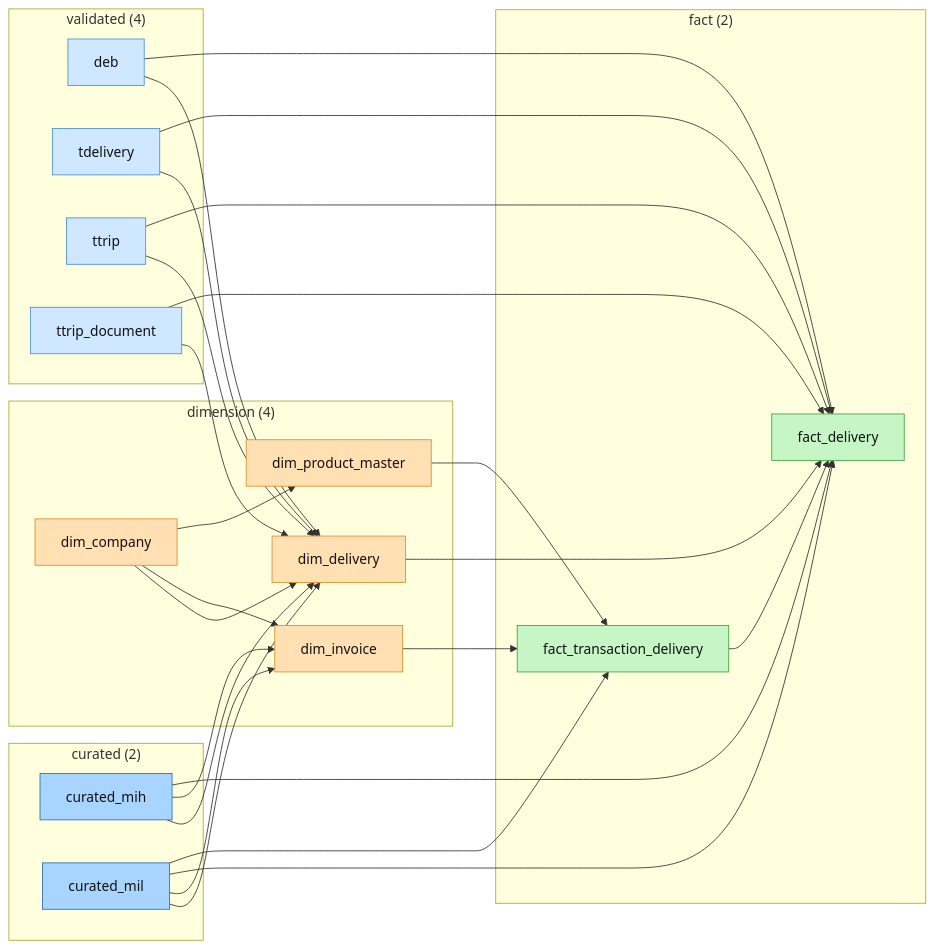
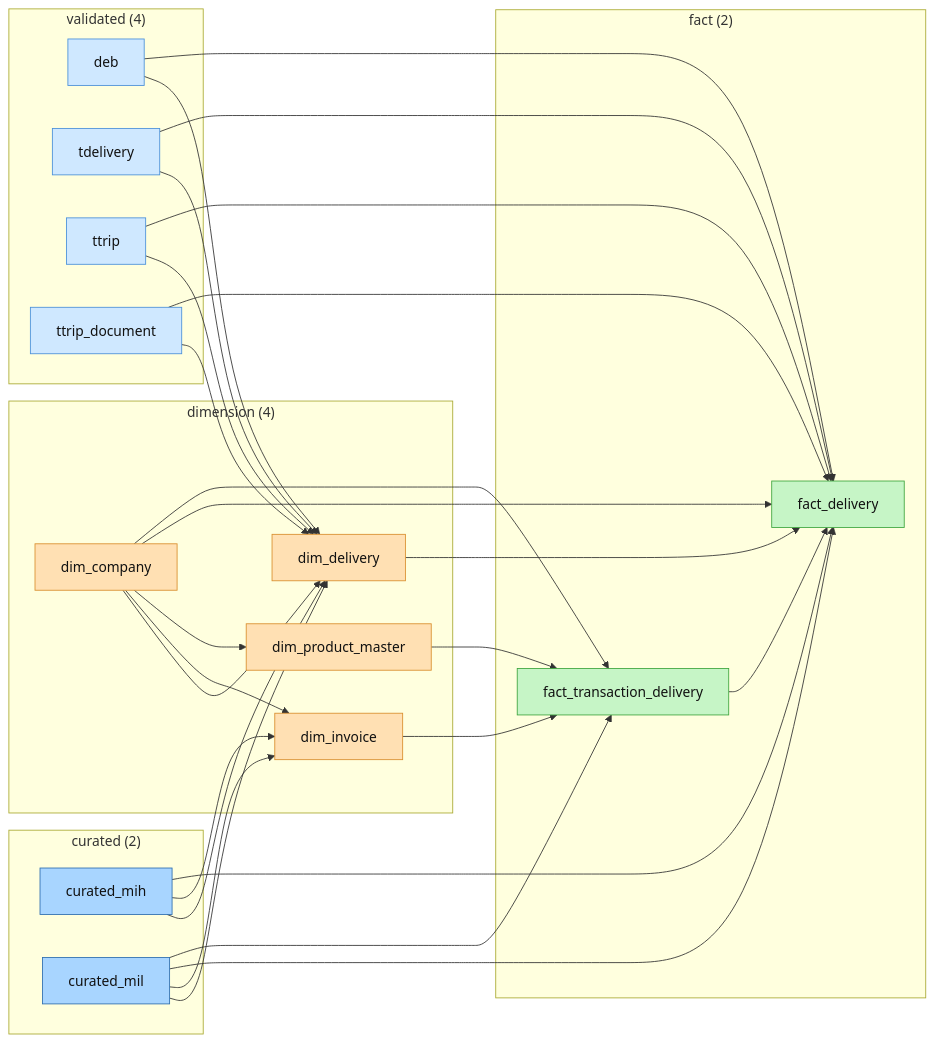
The seventh of 12 diagrams in document/diagrams/topic_flows.md (warayut-ALL-IN-AI/data-buffet), drawn with Mermaid before and after one commit. The commit also changed other lines of this file and 2 other files, not shown here.

First line of the commit message:
view_dim_aging_history: derive AgingSK/BillingSK instead of trusting the snapshot

````diff
--- a/document/diagrams/topic_flows.md
+++ b/document/diagrams/topic_flows.md
@@ -649,54 +761,56 @@
 ```mermaid
 flowchart LR
   subgraph validated["validated (4)"]
     deb["deb"]
     tdelivery["tdelivery"]
     ttrip["ttrip"]
     ttrip_document["ttrip_document"]
   end
   subgraph curated["curated (2)"]
     curated_mih["curated_mih"]
     curated_mil["curated_mil"]
   end
   subgraph dimension["dimension (4)"]
     dim_company["dim_company"]
     dim_delivery["dim_delivery"]
     dim_invoice["dim_invoice"]
     dim_product_master["dim_product_master"]
   end
   subgraph fact["fact (2)"]
     fact_delivery["fact_delivery"]
     fact_transaction_delivery["fact_transaction_delivery"]
   end
   curated_mih --> dim_delivery
   curated_mih --> dim_invoice
   curated_mih --> fact_delivery
   curated_mil --> dim_delivery
   curated_mil --> dim_invoice
   curated_mil --> fact_delivery
   curated_mil --> fact_transaction_delivery
   deb --> dim_delivery
   deb --> fact_delivery
   dim_company --> dim_delivery
   dim_company --> dim_invoice
   dim_company --> dim_product_master
+  dim_company --> fact_delivery
+  dim_company --> fact_transaction_delivery
   dim_delivery --> fact_delivery
   dim_invoice --> fact_transaction_delivery
   dim_product_master --> fact_transaction_delivery
   fact_transaction_delivery --> fact_delivery
   tdelivery --> dim_delivery
   tdelivery --> fact_delivery
   ttrip --> dim_delivery
   ttrip --> fact_delivery
   ttrip_document --> dim_delivery
   ttrip_document --> fact_delivery
   classDef validated fill:#cfe8ff,stroke:#4a90d9,color:#111;
   classDef curated fill:#a8d5ff,stroke:#2f6fb0,color:#111;
   classDef dimension fill:#ffe0b3,stroke:#d98f2f,color:#111;
   classDef fact fill:#c6f5c6,stroke:#3fa63f,color:#111;
   classDef paused fill:#f5f5f5,stroke:#bbb,color:#999,stroke-dasharray:4 3;
   class deb,tdelivery,ttrip,ttrip_document validated;
   class curated_mih,curated_mil curated;
   class dim_company,dim_delivery,dim_invoice,dim_product_master dimension;
   class fact_delivery,fact_transaction_delivery fact;
 ```
````
